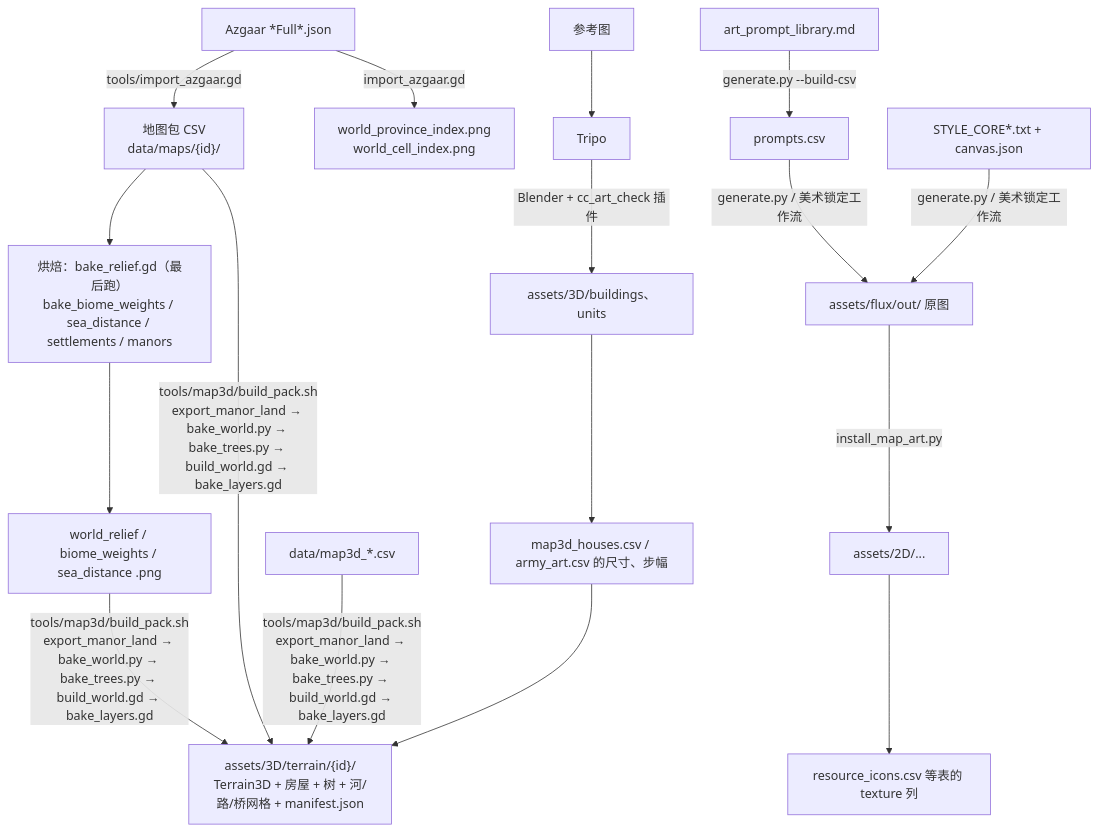
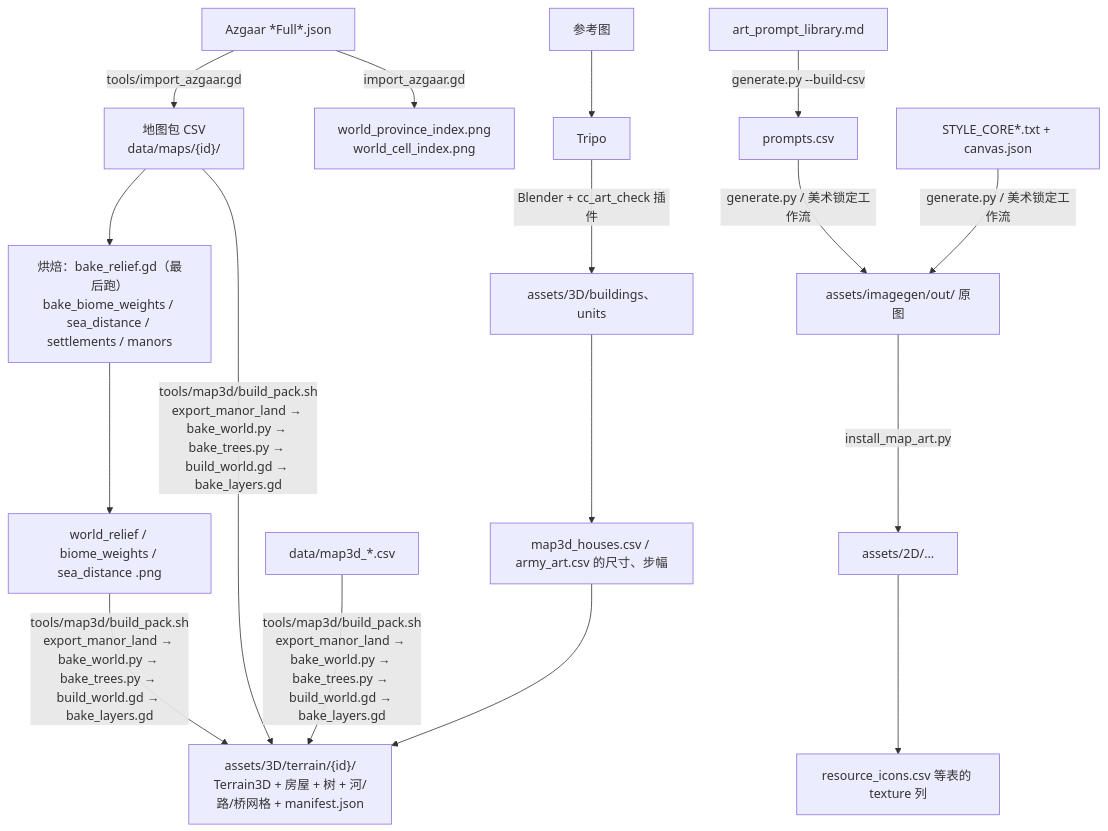
The third of 6 diagrams in docs/design/DATA_ARCHITECTURE.md (samuelzhang1201/game_design), drawn with Mermaid before and after one commit. The commit also changed other lines of this file and 110 other files, not shown here.

First line of the commit message:
refactor(art): rename the image pipeline assets/flux -> assets/imagegen

````diff
--- a/docs/design/DATA_ARCHITECTURE.md
+++ b/docs/design/DATA_ARCHITECTURE.md
@@ -136,15 +136,15 @@
 ```mermaid
 flowchart TD
   AZ["Azgaar *Full*.json"] -->|tools/import_azgaar.gd| PT["地图包 CSV<br/>data/maps/{id}/"]
   AZ -->|import_azgaar.gd| IDX["world_province_index.png<br/>world_cell_index.png"]
   PT --> BK["烘焙：bake_relief.gd（最后跑）<br/>bake_biome_weights / sea_distance / settlements / manors"]
   BK --> WP["world_relief / biome_weights / sea_distance .png"]
   WP & PT & M3["data/map3d_*.csv"] -->|"tools/map3d/build_pack.sh<br/>export_manor_land → bake_world.py → bake_trees.py → build_world.gd → bake_layers.gd"| W["assets/3D/terrain/{id}/<br/>Terrain3D + 房屋 + 树 + 河/路/桥网格 + manifest.json"]
   LIB["art_prompt_library.md"] -->|generate.py --build-csv| PR["prompts.csv"]
-  PR & STY["STYLE_CORE*.txt + canvas.json"] -->|generate.py / 美术锁定工作流| OUT["assets/flux/out/ 原图"]
+  PR & STY["STYLE_CORE*.txt + canvas.json"] -->|generate.py / 美术锁定工作流| OUT["assets/imagegen/out/ 原图"]
   OUT -->|install_map_art.py| A2["assets/2D/..."]
   A2 --> TAB["resource_icons.csv 等表的 texture 列"]
   REF["参考图"] --> TR["Tripo"] -->|"Blender + cc_art_check 插件"| A3["assets/3D/buildings、units"]
   A3 --> MH["map3d_houses.csv / army_art.csv 的尺寸、步幅"]
   MH --> W
 ```
````
